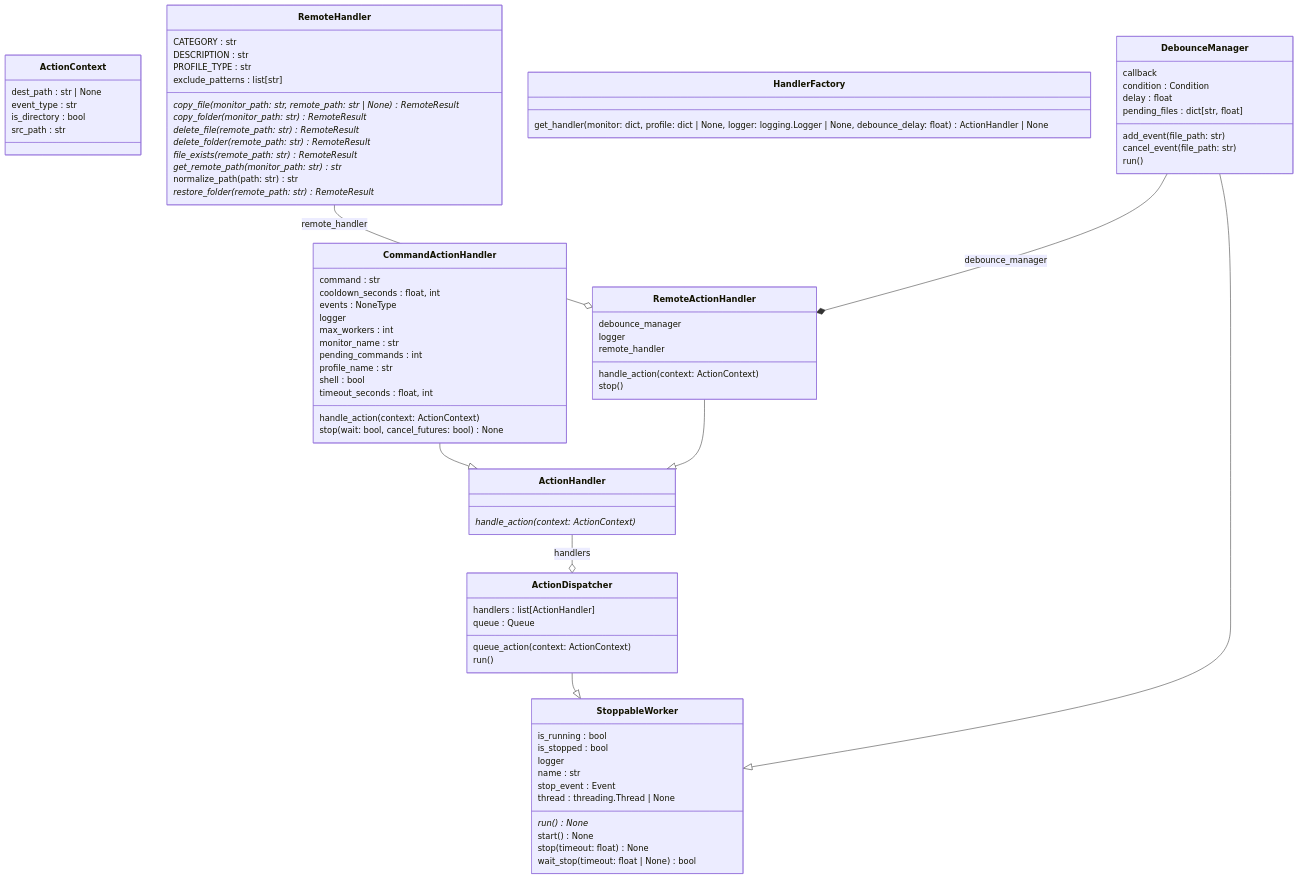
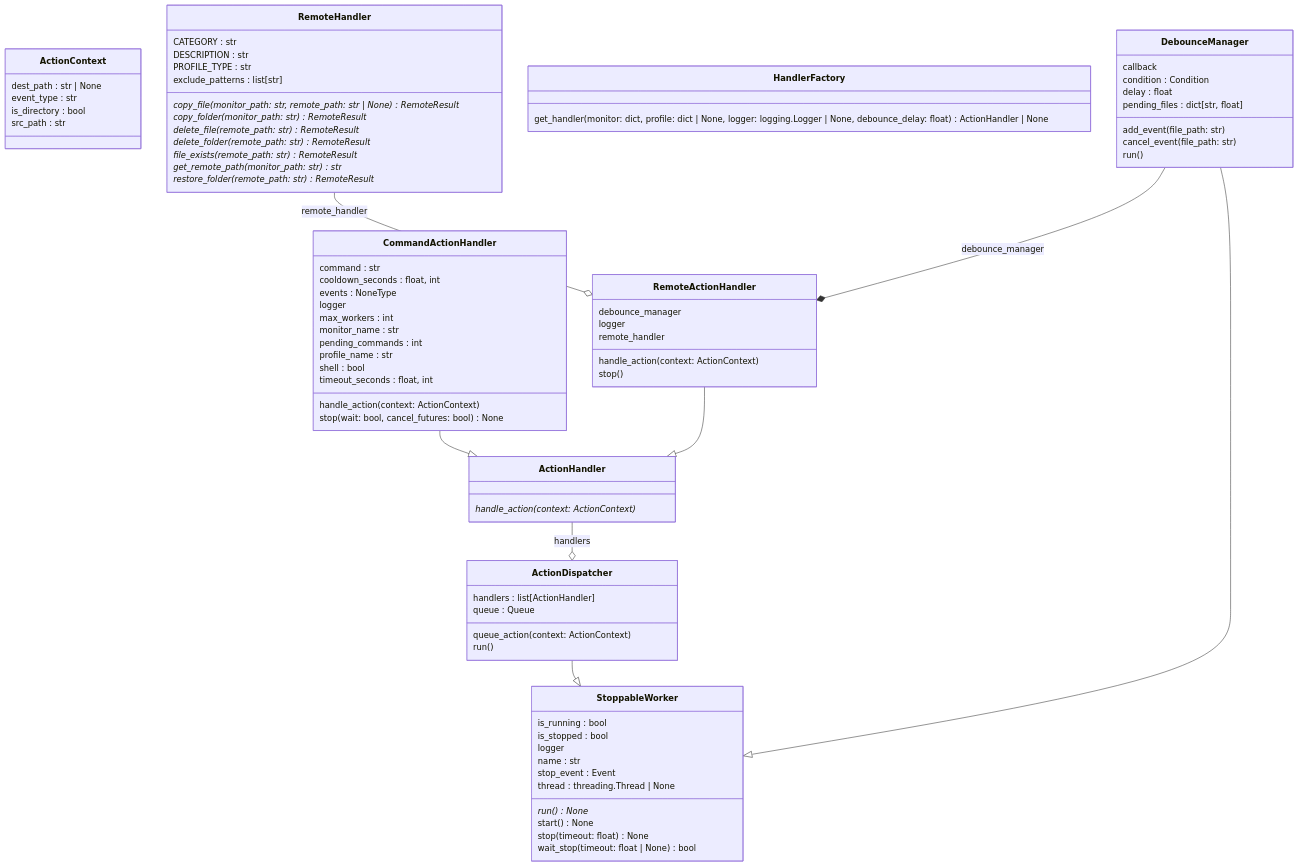
Before and after one commit to Transparent-Systems/monitorhub: the first of 2 diagrams in ARCHITECTURE.md, drawn with Mermaid. The commit also changed 16 other files, not shown here.

```diff
--- a/ARCHITECTURE.md
+++ b/ARCHITECTURE.md
@@ -66,7 +66,6 @@
     delete_folder(remote_path: str)* RemoteResult
     file_exists(remote_path: str)* RemoteResult
     get_remote_path(monitor_path: str)* str
-    normalize_path(path: str) str
     restore_folder(remote_path: str)* RemoteResult
   }
   class StoppableWorker {
```
